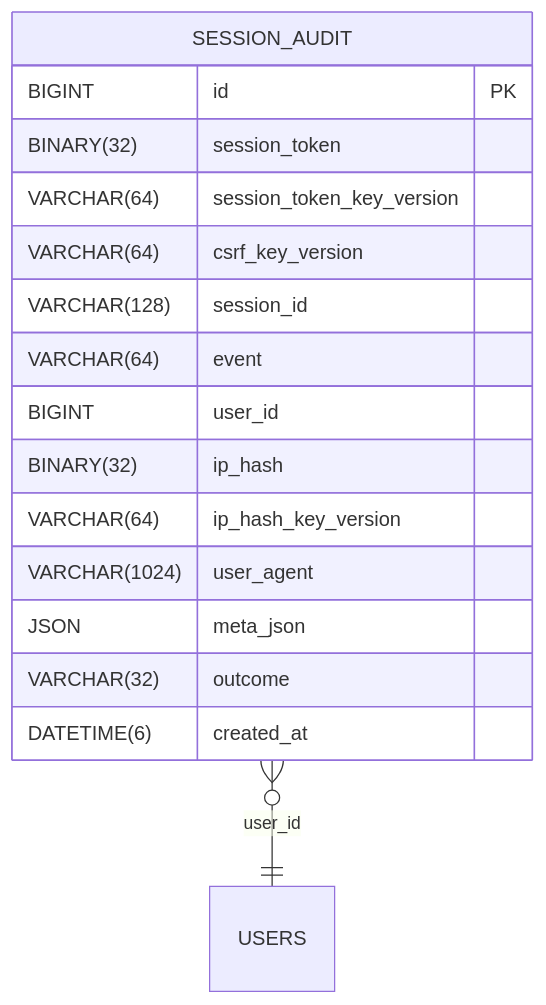
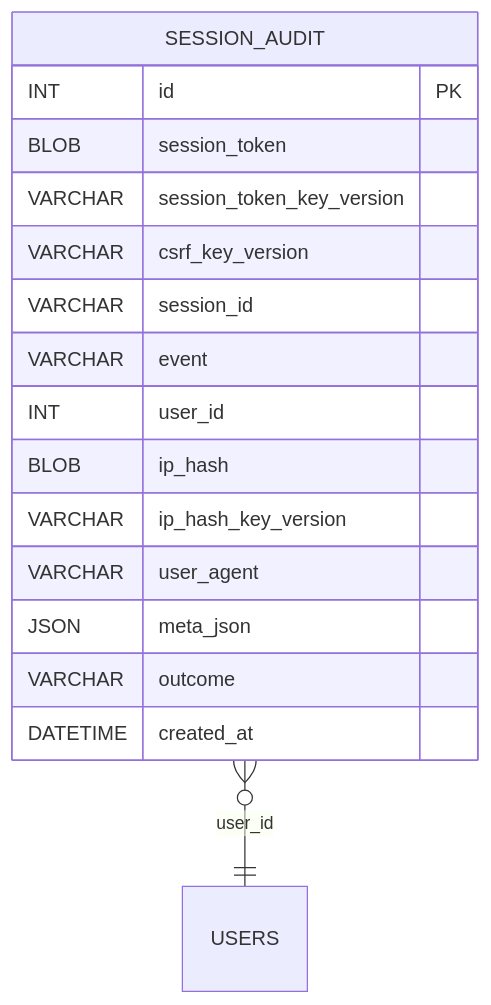
Before and after one commit to blackcatdatabase/table-session-audit: the diagram in README.md, drawn with Mermaid. The commit also changed other lines of this file, not shown here.

Commit message:
chore(schema): add/update generated schema + README (umbrella sync)

````diff
--- a/README.md
+++ b/README.md
@@ -57,19 +57,19 @@
 ```mermaid
 erDiagram
   SESSION_AUDIT {
-    BIGINT id PK
-    BINARY(32) session_token
-    VARCHAR(64) session_token_key_version
-    VARCHAR(64) csrf_key_version
-    VARCHAR(128) session_id
-    VARCHAR(64) event
-    BIGINT user_id
-    BINARY(32) ip_hash
-    VARCHAR(64) ip_hash_key_version
-    VARCHAR(1024) user_agent
+    INT id PK
+    BLOB session_token
+    VARCHAR session_token_key_version
+    VARCHAR csrf_key_version
+    VARCHAR session_id
+    VARCHAR event
+    INT user_id
+    BLOB ip_hash
+    VARCHAR ip_hash_key_version
+    VARCHAR user_agent
     JSON meta_json
-    VARCHAR(32) outcome
-    DATETIME(6) created_at
+    VARCHAR outcome
+    DATETIME created_at
   }
   SESSION_AUDIT }o--|| USERS : "user_id"
 ```
````
